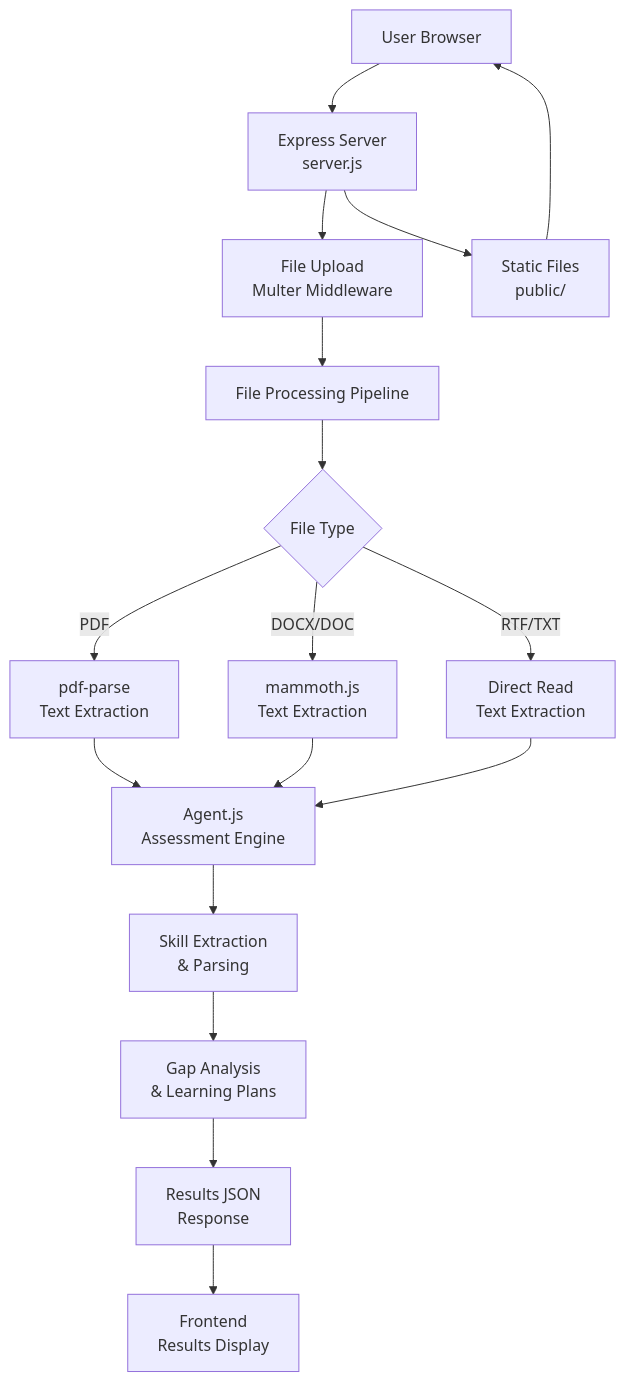
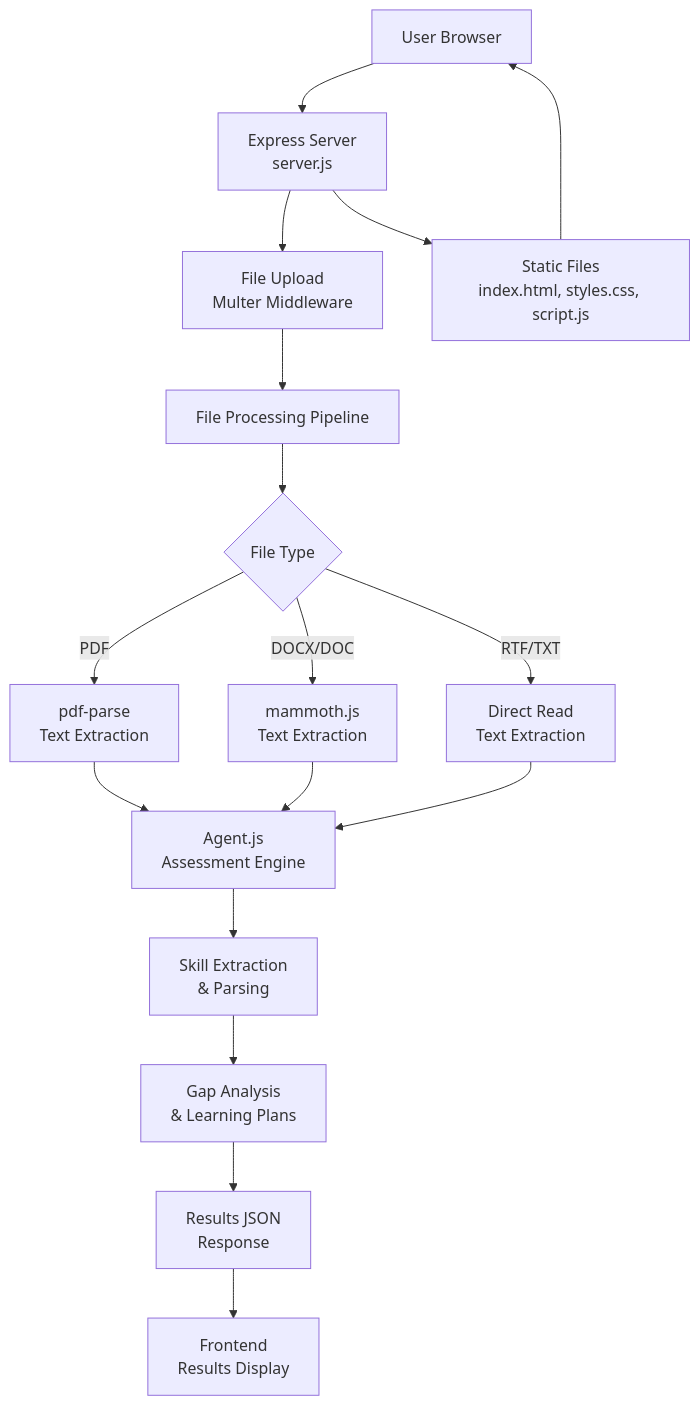
Before and after one commit to ramyashanmugamin-design/Qualify: the diagram in ArchitectureandLogic.md, drawn with Mermaid. The commit also changed 5 other files, not shown here.

````diff
--- a/ArchitectureandLogic.md
+++ b/ArchitectureandLogic.md
@@ -4,19 +4,19 @@
 ```mermaid
 graph TB
     A[User Browser] --> B[Express Server<br/>server.js]
     B --> C[File Upload<br/>Multer Middleware]
     C --> D[File Processing Pipeline]
     D --> E{File Type}
     E -->|PDF| F[pdf-parse<br/>Text Extraction]
     E -->|DOCX/DOC| G[mammoth.js<br/>Text Extraction]
     E -->|RTF/TXT| H[Direct Read<br/>Text Extraction]
     F --> I[Agent.js<br/>Assessment Engine]
     G --> I
     H --> I
     I --> J[Skill Extraction<br/>& Parsing]
     J --> K[Gap Analysis<br/>& Learning Plans]
     K --> L[Results JSON<br/>Response]
     L --> M[Frontend<br/>Results Display]
-    B --> N[Static Files<br/>public/]
+    B --> N[Static Files<br/>index.html, styles.css, script.js]
     N --> A
 ```
````
